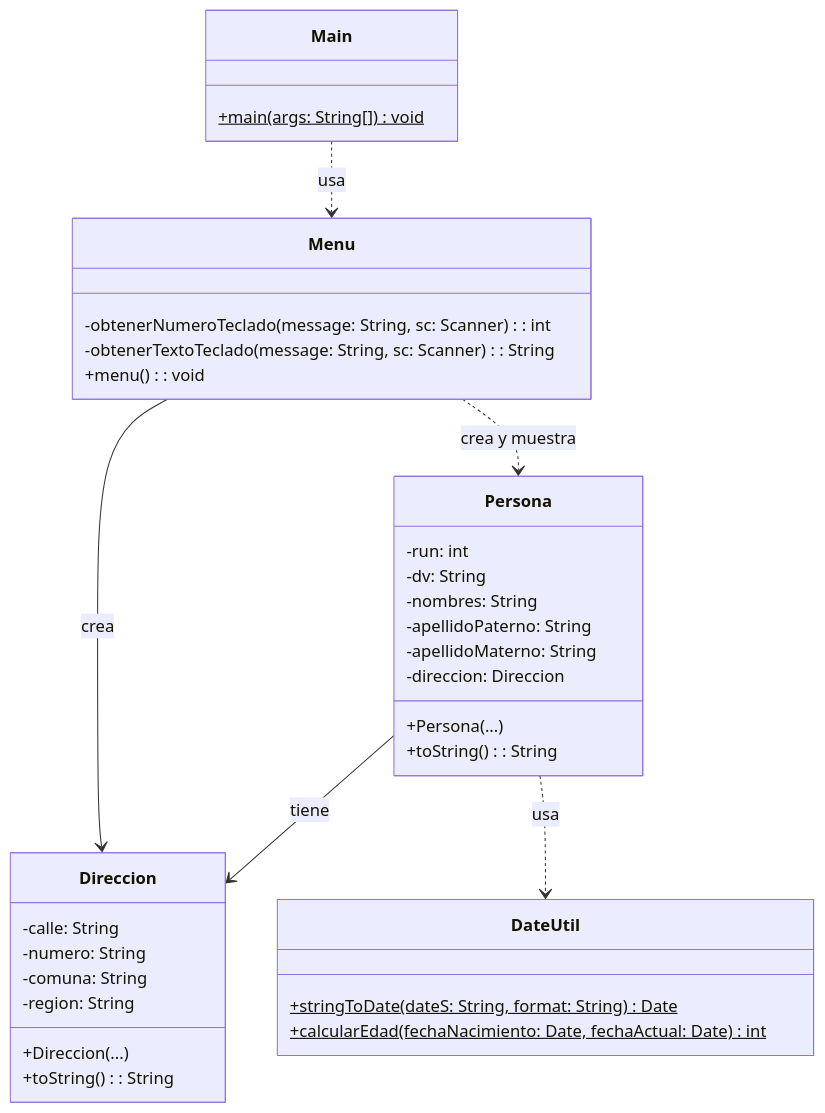
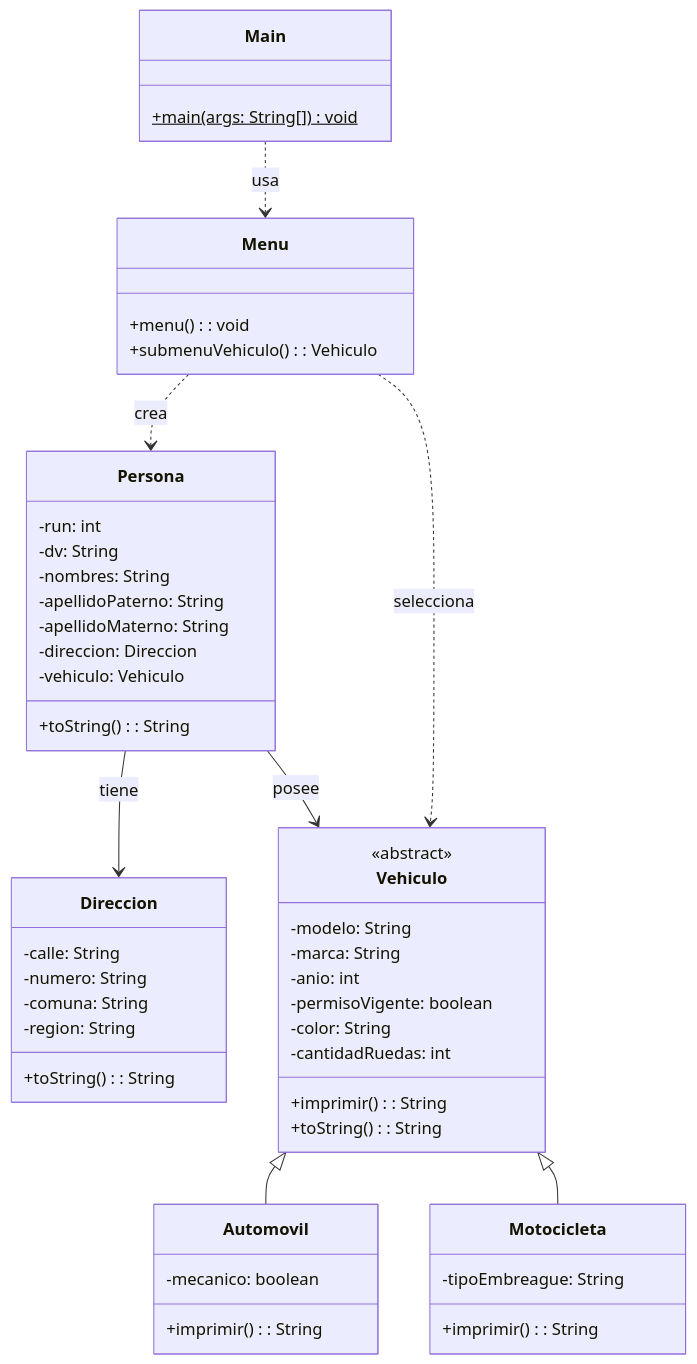
Before and after one commit to elprofecarreno/poo-fundaments: the diagram in 08/README.md, drawn with Mermaid. The commit also changed other lines of this file and 8 other files, not shown here.

````diff
--- a/08/README.md
+++ b/08/README.md
@@ -11,43 +11,60 @@
 ```mermaid
 classDiagram
+    class Main {
+        +main(args: String[])$ void
+    }
+
     class Menu {
-        -obtenerNumeroTeclado(message: String, sc: Scanner): int
-        -obtenerTextoTeclado(message: String, sc: Scanner): String
         +menu(): void
+        +submenuVehiculo(): Vehiculo
+    }
+
+    class Vehiculo {
+        <<abstract>>
+        -modelo: String
+        -marca: String
+        -anio: int
+        -permisoVigente: boolean
+        -color: String
+        -cantidadRuedas: int
+        +imprimir(): String
+        +toString(): String
+    }
+
+    class Automovil {
+        -mecanico: boolean
+        +imprimir(): String
+    }
+
+    class Motocicleta {
+        -tipoEmbreague: String
+        +imprimir(): String
     }
 
     class Persona {
         -run: int
         -dv: String
         -nombres: String
         -apellidoPaterno: String
         -apellidoMaterno: String
         -direccion: Direccion
-        +Persona(...)
+        -vehiculo: Vehiculo
         +toString(): String
     }
 
     class Direccion {
         -calle: String
         -numero: String
         -comuna: String
         -region: String
-        +Direccion(...)
         +toString(): String
     }
 
-    class DateUtil {
-        +stringToDate(dateS: String, format: String)$ Date
-        +calcularEdad(fechaNacimiento: Date, fechaActual: Date)$ int
-    }
-
-    class Main {
-        +main(args: String[])$ void
-    }
-
+    Vehiculo <|-- Automovil
+    Vehiculo <|-- Motocicleta
+    Persona --> Direccion : tiene
+    Persona --> Vehiculo : posee
     Main ..> Menu : usa
-    Menu ..> Persona : crea y muestra
-    Menu --> Direccion : crea
-    Persona --> Direccion : tiene
-    Persona ..> DateUtil : usa
+    Menu ..> Persona : crea
+    Menu ..> Vehiculo : selecciona
 ```
````
